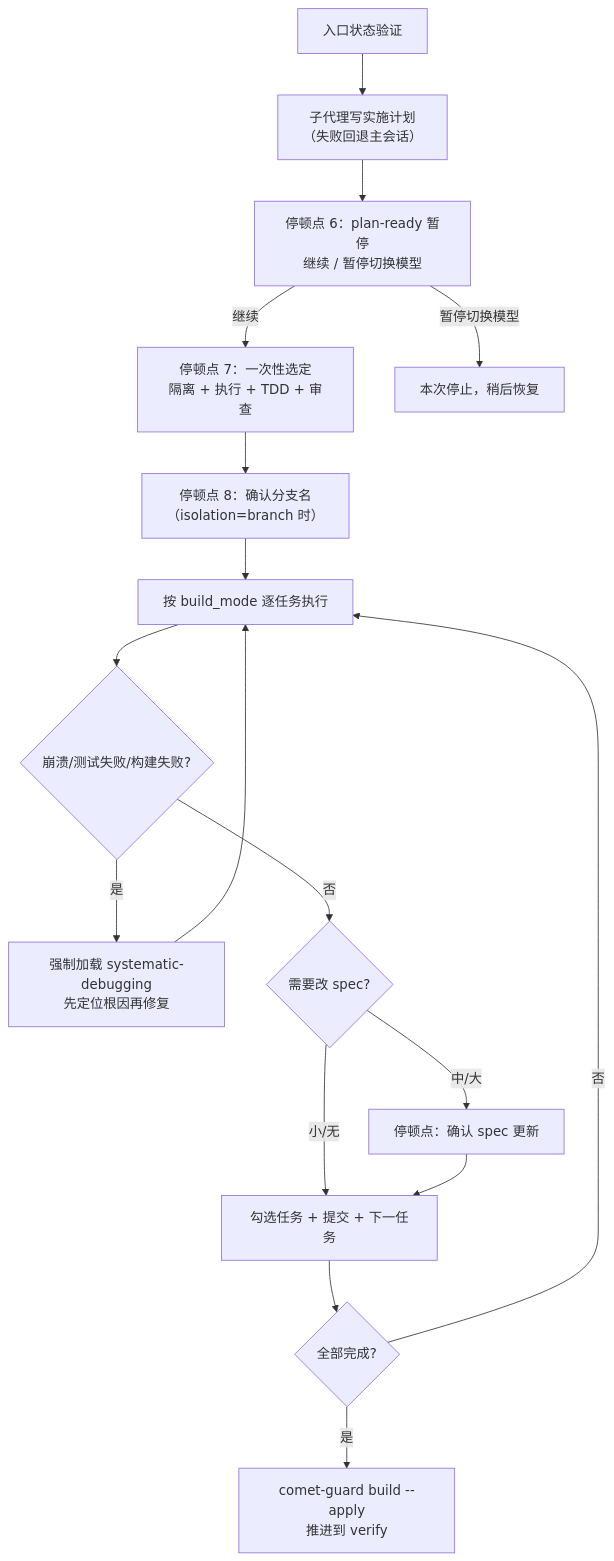
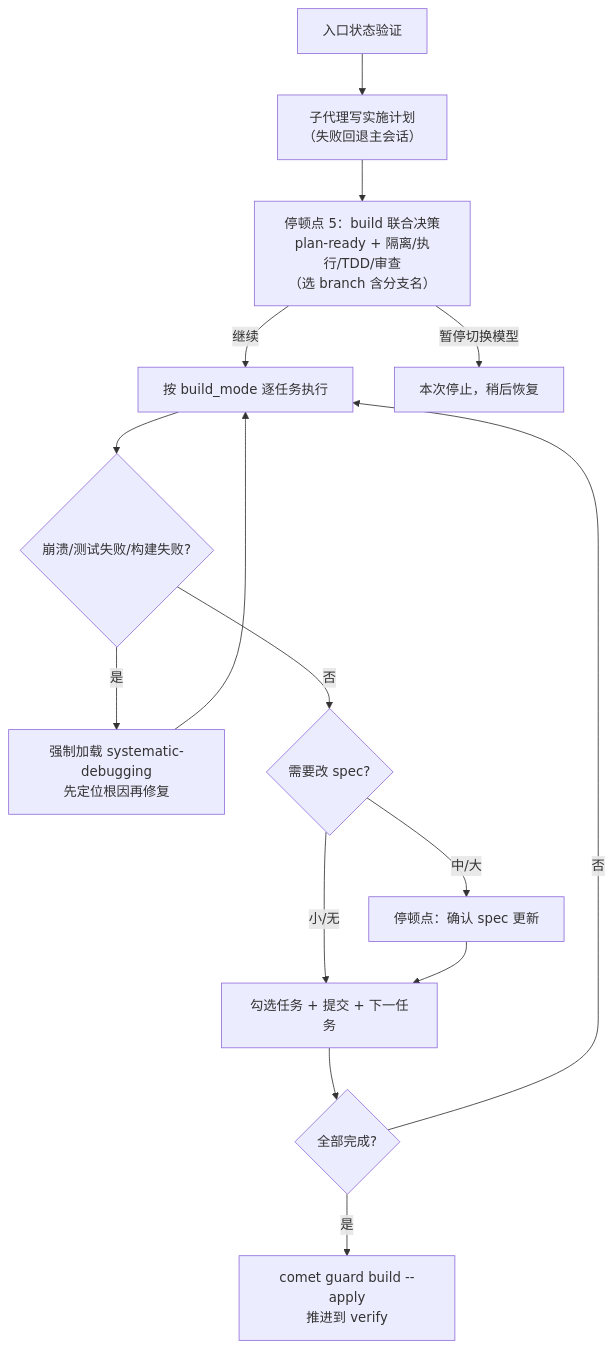
One commit to rpamis/comet-website-docs changed the diagram in zh/phases/build.mdx. Above: the diagram before and after it, drawn with Mermaid. The commit also changed other lines of this file and 17 other files, not shown here.

````diff
--- a/zh/phases/build.mdx
+++ b/zh/phases/build.mdx
@@ -34,19 +34,17 @@
 ```mermaid
 flowchart TD
     Entry["入口状态验证"] --> S1["子代理写实施计划<br/>（失败回退主会话）"]
-    S1 --> Stop2["停顿点 6：plan-ready 暂停<br/>继续 / 暂停切换模型"]
-    Stop2 -->|继续| Stop3["停顿点 7：一次性选定<br/>隔离 + 执行 + TDD + 审查"]
-    Stop2 -->|暂停切换模型| PauseDone["本次停止，稍后恢复"]
-    Stop3 --> StopBranch["停顿点 8：确认分支名<br/>（isolation=branch 时）"]
-    StopBranch --> Exec["按 build_mode 逐任务执行"]
+    S1 --> Stop5["停顿点 5：build 联合决策<br/>plan-ready + 隔离/执行/TDD/审查<br/>（选 branch 含分支名）"]
+    Stop5 -->|继续| Exec["按 build_mode 逐任务执行"]
+    Stop5 -->|暂停切换模型| PauseDone["本次停止，稍后恢复"]
     Exec --> Debug{"崩溃/测试失败/构建失败?"}
     Debug -->|是| DebugGate["强制加载 systematic-debugging<br/>先定位根因再修复"]
     DebugGate --> Exec
     Debug -->|否| SpecUpd{"需要改 spec?"}
     SpecUpd -->|中/大| SpecPause["停顿点：确认 spec 更新"]
     SpecUpd -->|小/无| TaskLoop["勾选任务 + 提交 + 下一任务"]
     SpecPause --> TaskLoop
     TaskLoop --> Done{"全部完成?"}
     Done -->|否| Exec
-    Done -->|是| Exit["comet-guard build --apply<br/>推进到 verify"]
+    Done -->|是| Exit["comet guard build --apply<br/>推进到 verify"]
 ```
````
